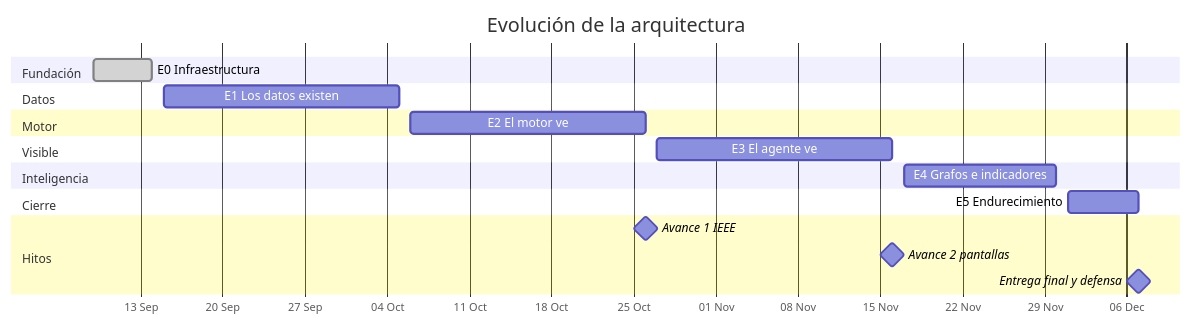
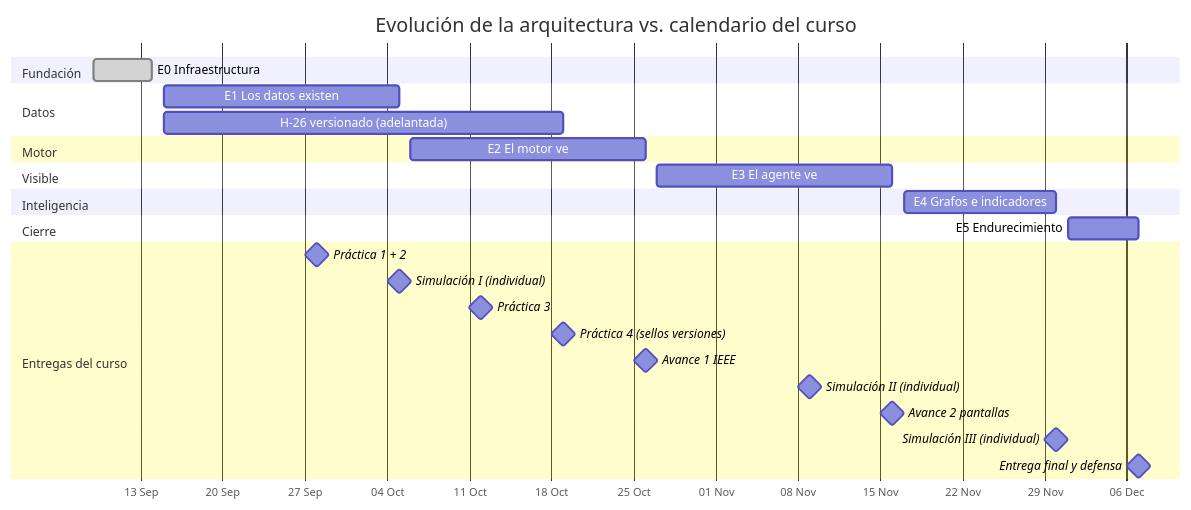
One commit to handelenriquezacuna/centinela changed diagram 11 of 11 in docs/04-arquitectura.md. Above: the diagram before and after it, drawn with Mermaid. The commit also changed other lines of this file and 3 other files, not shown here.

````diff
--- a/docs/04-arquitectura.md
+++ b/docs/04-arquitectura.md
@@ -244,24 +250,31 @@
 ```mermaid
 gantt
     dateFormat YYYY-MM-DD
     axisFormat %d %b
-    title Evolución de la arquitectura
+    title Evolución de la arquitectura vs. calendario del curso
 
     section Fundación
     E0 Infraestructura           :done, e0, 2026-09-09, 2026-09-14
     section Datos
     E1 Los datos existen         :e1, 2026-09-15, 2026-10-05
+    H-26 versionado (adelantada) :h26, 2026-09-15, 2026-10-19
     section Motor
     E2 El motor ve               :e2, 2026-10-06, 2026-10-26
     section Visible
     E3 El agente ve              :e3, 2026-10-27, 2026-11-16
     section Inteligencia
     E4 Grafos e indicadores      :e4, 2026-11-17, 2026-11-30
     section Cierre
     E5 Endurecimiento            :e5, 2026-12-01, 2026-12-07
 
-    section Hitos
-    Avance 1 IEEE                :milestone, 2026-10-26, 0d
-    Avance 2 pantallas           :milestone, 2026-11-16, 0d
-    Entrega final y defensa      :milestone, 2026-12-07, 0d
+    section Entregas del curso
+    Práctica 1 + 2                :milestone, 2026-09-28, 0d
+    Simulación I (individual)     :milestone, 2026-10-05, 0d
+    Práctica 3                    :milestone, 2026-10-12, 0d
+    Práctica 4 (sellos versiones) :milestone, 2026-10-19, 0d
+    Avance 1 IEEE                 :milestone, 2026-10-26, 0d
+    Simulación II (individual)    :milestone, 2026-11-09, 0d
+    Avance 2 pantallas            :milestone, 2026-11-16, 0d
+    Simulación III (individual)   :milestone, 2026-11-30, 0d
+    Entrega final y defensa       :milestone, 2026-12-07, 0d
 ```
````
